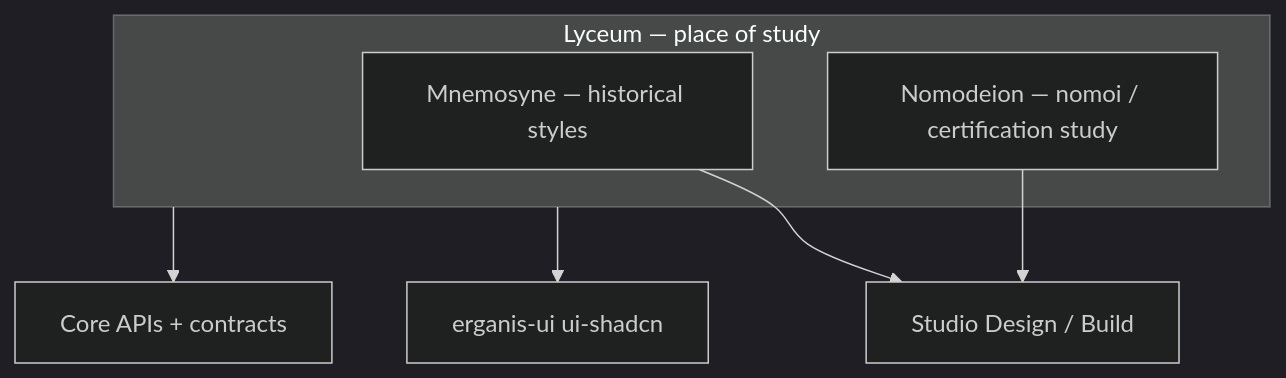
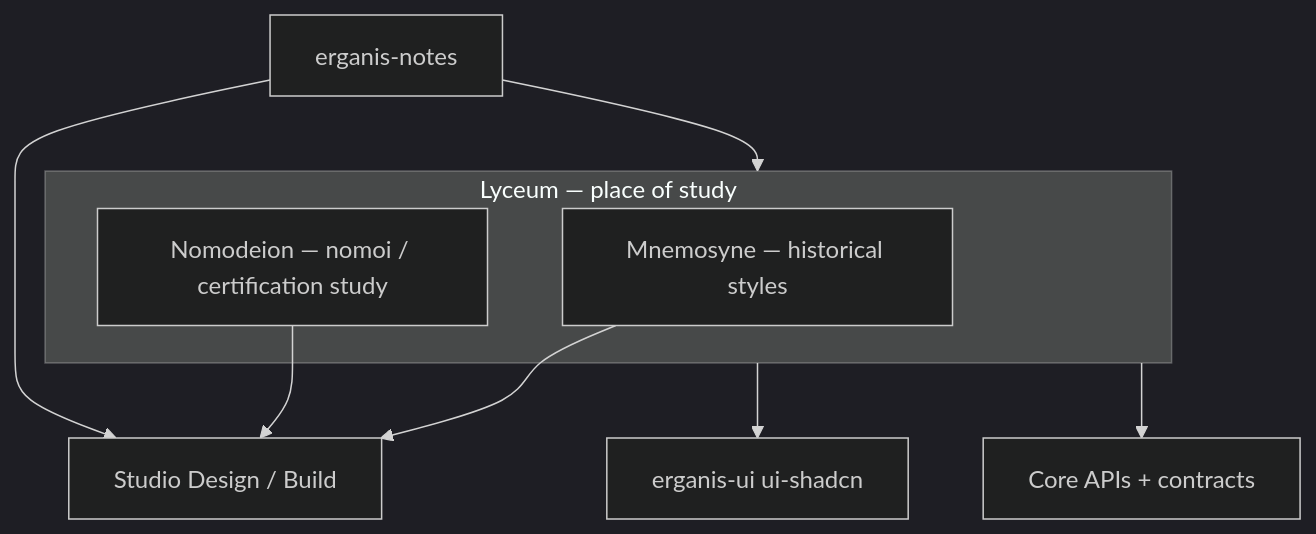
The diagram in docs/LYCEUM-IMPLEMENTATION-PLAN.md (enabledtocreate/erganis-lyceum), drawn with Mermaid (dark theme) before and after one commit. The commit also changed other lines of this file, not shown here.

Commit message:
Docs: Lyceum consumes shared erganis-notes module (L-Notes1)

````diff
--- a/docs/LYCEUM-IMPLEMENTATION-PLAN.md
+++ b/docs/LYCEUM-IMPLEMENTATION-PLAN.md
@@ -33,14 +34,16 @@
 ```mermaid
 flowchart TB
   subgraph Lyceum [Lyceum — place of study]
     Mnemosyne[Mnemosyne — historical styles]
     Nomodeion[Nomodeion — nomoi / certification study]
   end
   UI[erganis-ui ui-shadcn]
   Core[Core APIs + contracts]
   Studio[Studio Design / Build]
   Lyceum --> UI
   Lyceum --> Core
   Mnemosyne --> Studio
   Nomodeion --> Studio
+  NotesMod[erganis-notes] --> Lyceum
+  NotesMod --> Studio
 ```
````
